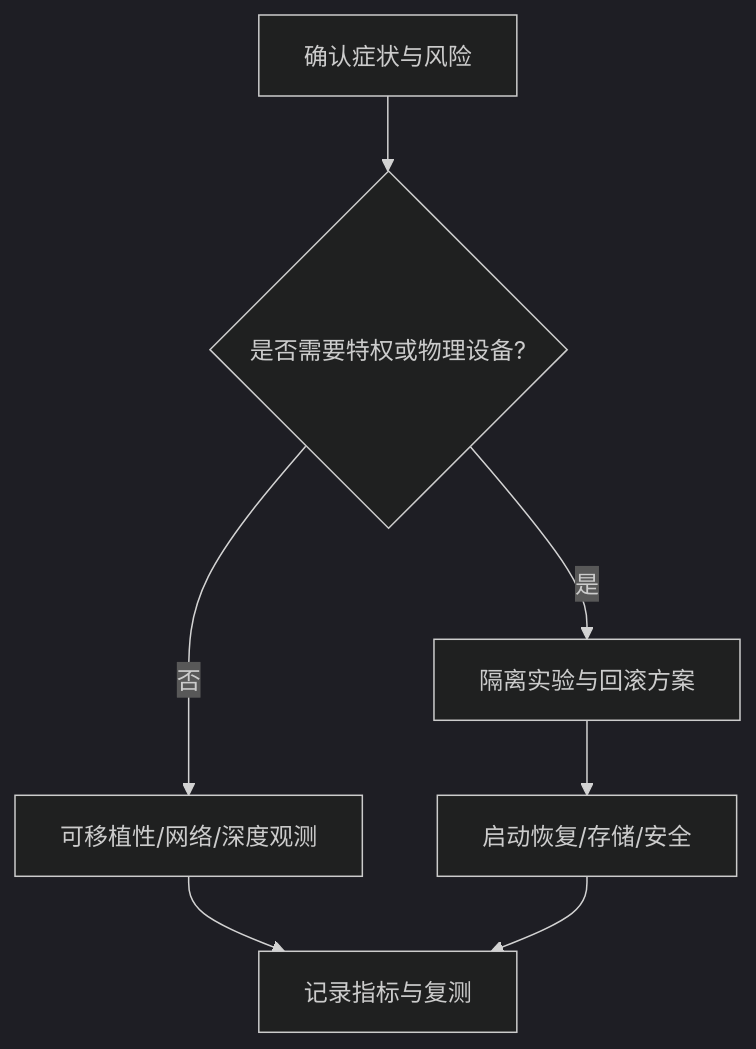
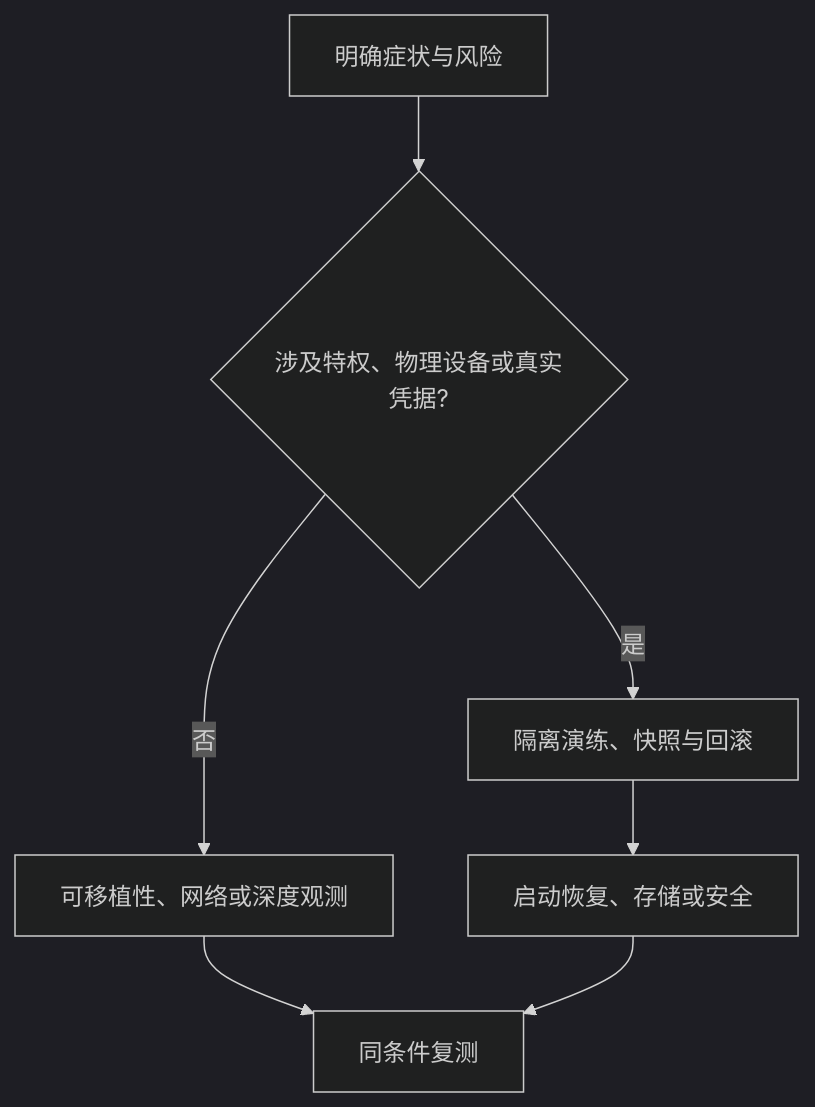
The diagram in source/_posts/learn-topic/linux/Linux(十二)进阶路线.md (koco-co/hexo-blog), drawn with Mermaid (dark theme) before and after one commit. The commit also changed other lines of this file and 13 other files, not shown here.

```diff
--- a/source/_posts/learn-topic/linux/Linux(十二)进阶路线.md
+++ b/source/_posts/learn-topic/linux/Linux(十二)进阶路线.md
@@ -42,9 +42,9 @@
 {% mermaid %}
 flowchart TD
-  A[确认症状与风险] --> B{是否需要特权或物理设备?}
-  B -- 否 --> C[可移植性/网络/深度观测]
-  B -- 是 --> D[隔离实验与回滚方案]
-  D --> E[启动恢复/存储/安全]
-  C --> F[记录指标与复测]
+  A[明确症状与风险] --> B{涉及特权、物理设备或真实凭据?}
+  B -- 否 --> C[可移植性、网络或深度观测]
+  B -- 是 --> D[隔离演练、快照与回滚]
+  D --> E[启动恢复、存储或安全]
+  C --> F[同条件复测]
   E --> F
 {% endmermaid %}
```
